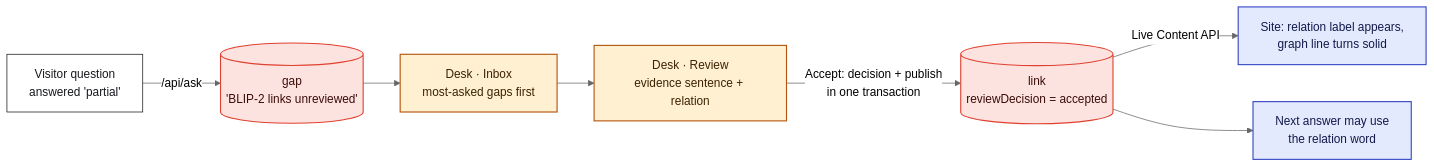
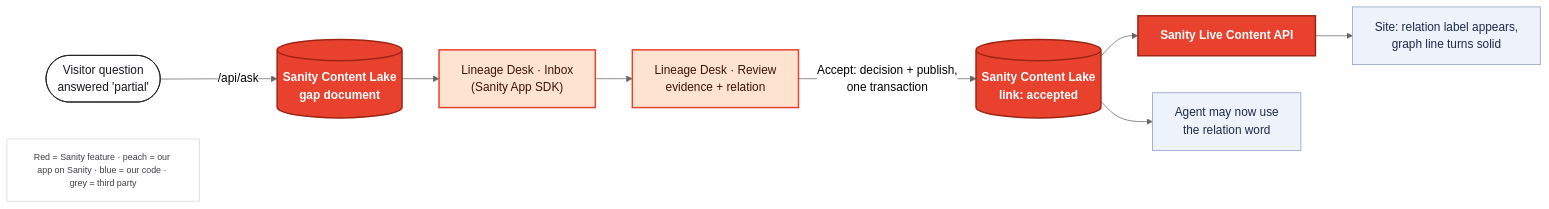
One commit to akashgoyal/paper-lineage changed the diagram in docs/post/diagrams/example-curation.mmd. Above: the diagram before and after it, drawn with Mermaid (neutral theme). The commit also changed 15 other files, not shown here.

First line of the commit message:
docs(post): diagrams make Sanity unmistakable

```diff
--- a/docs/post/diagrams/example-curation.mmd
+++ b/docs/post/diagrams/example-curation.mmd
@@ -1,13 +1,16 @@
 flowchart LR
-  Q["Visitor question<br/>answered 'partial'"]:::person -- "/api/ask" --> GAP[("gap<br/>'BLIP-2 links unreviewed'")]:::sanity
-  GAP --> INBOX["Desk · Inbox<br/>most-asked gaps first"]:::onsanity
-  INBOX --> REVIEW["Desk · Review<br/>evidence sentence + relation"]:::onsanity
-  REVIEW -- "Accept: decision + publish<br/>in one transaction" --> LINK[("link<br/>reviewDecision = accepted")]:::sanity
-  LINK -- "Live Content API" --> SITE["Site: relation label appears,<br/>graph line turns solid"]:::ours
-  LINK --> ASK["Next answer may use<br/>the relation word"]:::ours
-
-  classDef sanity fill:#FDE3E0,stroke:#E0402F,color:#3B0D08,stroke-width:1.5px
-  classDef onsanity fill:#FFF0D2,stroke:#B45309,color:#3D2302,stroke-width:1.5px
-  classDef ours fill:#E3EAFE,stroke:#3446C4,color:#121A4A,stroke-width:1.5px
-  classDef third fill:#F4F4F5,stroke:#6B7280,color:#1F2937,stroke-dasharray:4 3
+  Q(["Visitor question<br/>answered 'partial'"]):::person -- "/api/ask" --> GAP[("Sanity Content Lake<br/>gap document")]:::sanity
+  GAP --> INBOX["Lineage Desk · Inbox<br/>(Sanity App SDK)"]:::onsanity
+  INBOX --> REVIEW["Lineage Desk · Review<br/>evidence + relation"]:::onsanity
+  REVIEW -- "Accept: decision + publish,<br/>one transaction" --> LINK[("Sanity Content Lake<br/>link: accepted")]:::sanity
+  LINK --> LIVE["Sanity Live Content API"]:::sanity
+  LIVE --> SITE["Site: relation label appears,<br/>graph line turns solid"]:::ours
+  LINK --> ASK["Agent may now use<br/>the relation word"]:::ours
+  LEG["Red = Sanity feature · peach = our app on Sanity · blue = our code · grey = third party"]:::legend
+  classDef sanity fill:#E8412E,stroke:#9F2414,color:#FFFFFF,stroke-width:2px,font-weight:bold
+  classDef onsanity fill:#FDE3D0,stroke:#E8412E,color:#3D1408,stroke-width:2px
+  classDef ours fill:#EEF2FB,stroke:#8A9AC9,color:#1E2A4A,stroke-width:1px
+  classDef third fill:#F6F6F7,stroke:#A1A1AA,color:#3F3F46,stroke-dasharray:4 3
   classDef person fill:#FFFFFF,stroke:#17191E,color:#17191E
+  classDef warn fill:#FEF3C7,stroke:#A16207,color:#422006,stroke-dasharray:4 3
+  classDef legend fill:#FFFFFF,stroke:#D4D4D8,color:#3F3F46,font-size:12px
```
